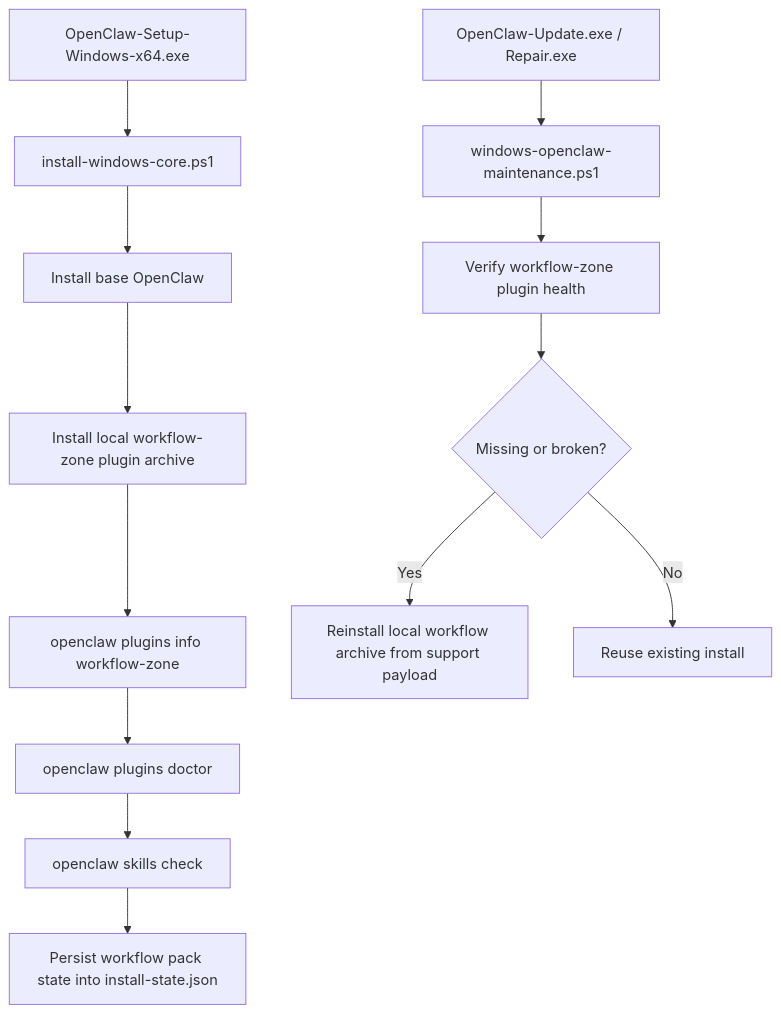
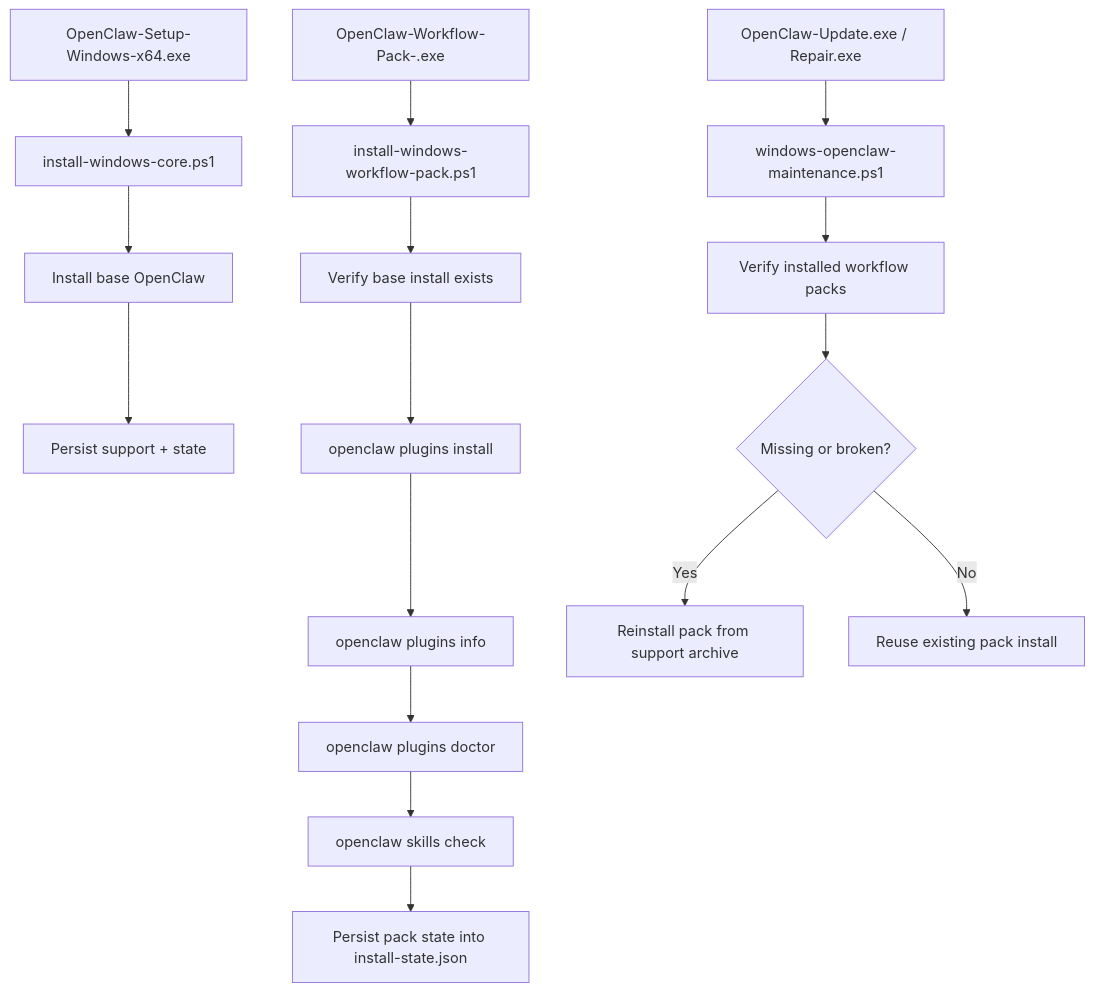
Before and after one commit to RZX00/openclaw-windows-installer: the diagram in docs/plans/2026-03-18-workflow-zone-oneclick-implementation-plan.md, drawn with Mermaid. The commit also changed other lines of this file, not shown here.

Commit message:
docs: switch workflow plan to add-on package model

````diff
--- a/docs/plans/2026-03-18-workflow-zone-oneclick-implementation-plan.md
+++ b/docs/plans/2026-03-18-workflow-zone-oneclick-implementation-plan.md
@@ -42,16 +50,20 @@
 ```mermaid
 flowchart TD
     A["OpenClaw-Setup-Windows-x64.exe"] --> B["install-windows-core.ps1"]
     B --> C["Install base OpenClaw"]
-    C --> D["Install local workflow-zone plugin archive"]
-    D --> E["openclaw plugins info workflow-zone"]
-    E --> F["openclaw plugins doctor"]
-    F --> G["openclaw skills check"]
-    G --> H["Persist workflow pack state into install-state.json"]
+    C --> D["Persist support + state"]
 
-    I["OpenClaw-Update.exe / Repair.exe"] --> J["windows-openclaw-maintenance.ps1"]
-    J --> K["Verify workflow-zone plugin health"]
-    K --> L{"Missing or broken?"}
-    L -- "Yes" --> M["Reinstall local workflow archive from support payload"]
-    L -- "No" --> N["Reuse existing install"]
+    E["OpenClaw-Workflow-Pack-<pack>.exe"] --> F["install-windows-workflow-pack.ps1"]
+    F --> G["Verify base install exists"]
+    G --> H["openclaw plugins install <local-pack-archive>"]
+    H --> I["openclaw plugins info <pack-plugin-id>"]
+    I --> J["openclaw plugins doctor"]
+    J --> K["openclaw skills check"]
+    K --> L["Persist pack state into install-state.json"]
+
+    M["OpenClaw-Update.exe / Repair.exe"] --> N["windows-openclaw-maintenance.ps1"]
+    N --> O["Verify installed workflow packs"]
+    O --> P{"Missing or broken?"}
+    P -- "Yes" --> Q["Reinstall pack from support archive"]
+    P -- "No" --> R["Reuse existing pack install"]
 ```
````
